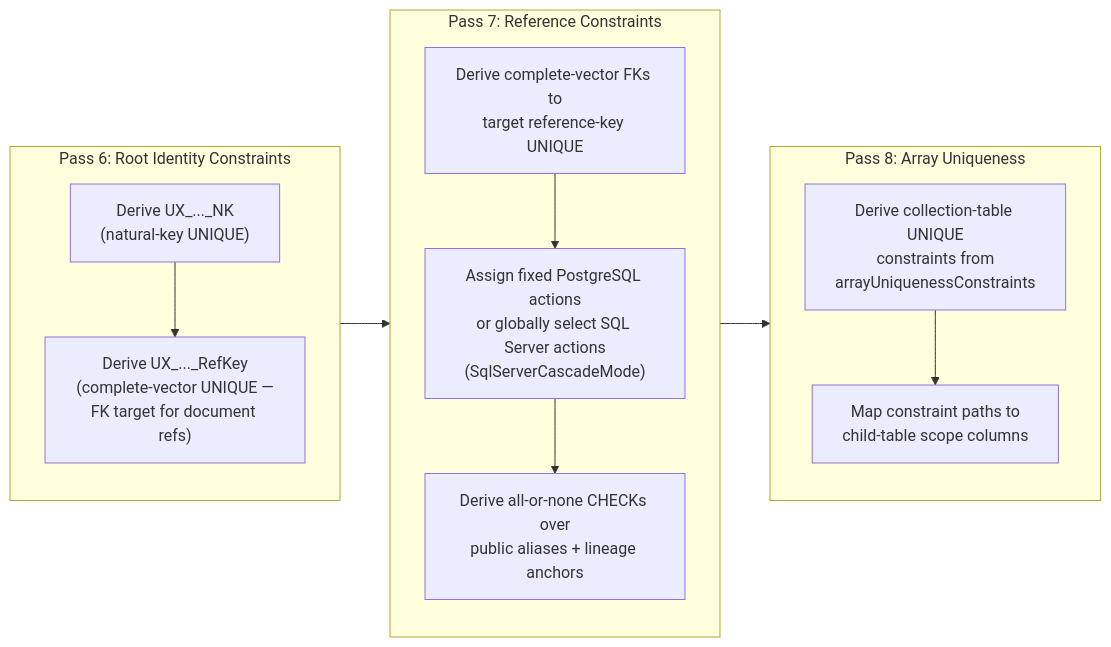
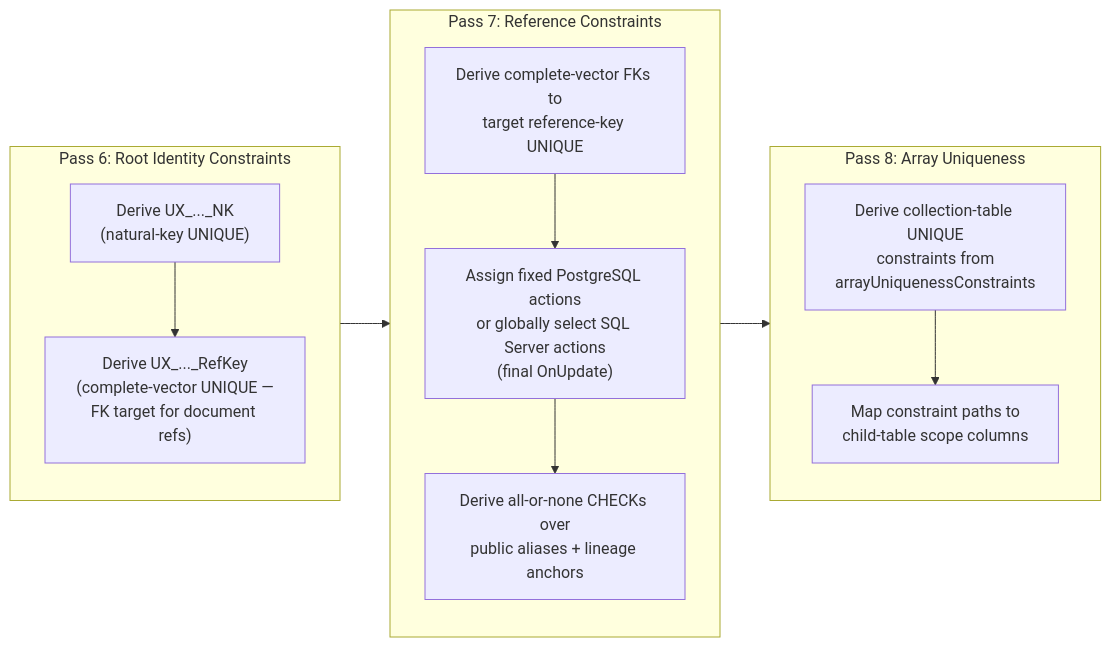
Before and after one commit to Ed-Fi-Alliance-OSS/Data-Management-Service: diagram 14 of 16 in reference/design/backend-redesign/presentations/relational-model-presentation.md, drawn with Mermaid. The commit also changed other lines of this file and 7 other files, not shown here.

````diff
--- a/reference/design/backend-redesign/presentations/relational-model-presentation.md
+++ b/reference/design/backend-redesign/presentations/relational-model-presentation.md
@@ -618,26 +609,26 @@
 ```mermaid
 flowchart LR
     subgraph P6["Pass 6: Root Identity Constraints"]
         direction TB
         P6A["Derive UX_..._NK<br/>(natural-key UNIQUE)"]
         P6B["Derive UX_..._RefKey<br/>(complete-vector UNIQUE —<br/>FK target for document refs)"]
         P6A --> P6B
     end
 
     subgraph P7["Pass 7: Reference Constraints"]
         direction TB
         P7A["Derive complete-vector FKs to<br/>target reference-key UNIQUE"]
-        P7B["Assign fixed PostgreSQL actions<br/>or globally select SQL Server actions<br/>(SqlServerCascadeMode)"]
+        P7B["Assign fixed PostgreSQL actions<br/>or globally select SQL Server actions<br/>(final OnUpdate)"]
         P7C["Derive all-or-none CHECKs over<br/>public aliases + lineage anchors"]
         P7A --> P7B --> P7C
     end
 
     subgraph P8["Pass 8: Array Uniqueness"]
         direction TB
         P8A["Derive collection-table UNIQUE<br/>constraints from<br/>arrayUniquenessConstraints"]
         P8B["Map constraint paths to<br/>child-table scope columns"]
         P8A --> P8B
     end
 
     P6 --> P7 --> P8
 ```
````
